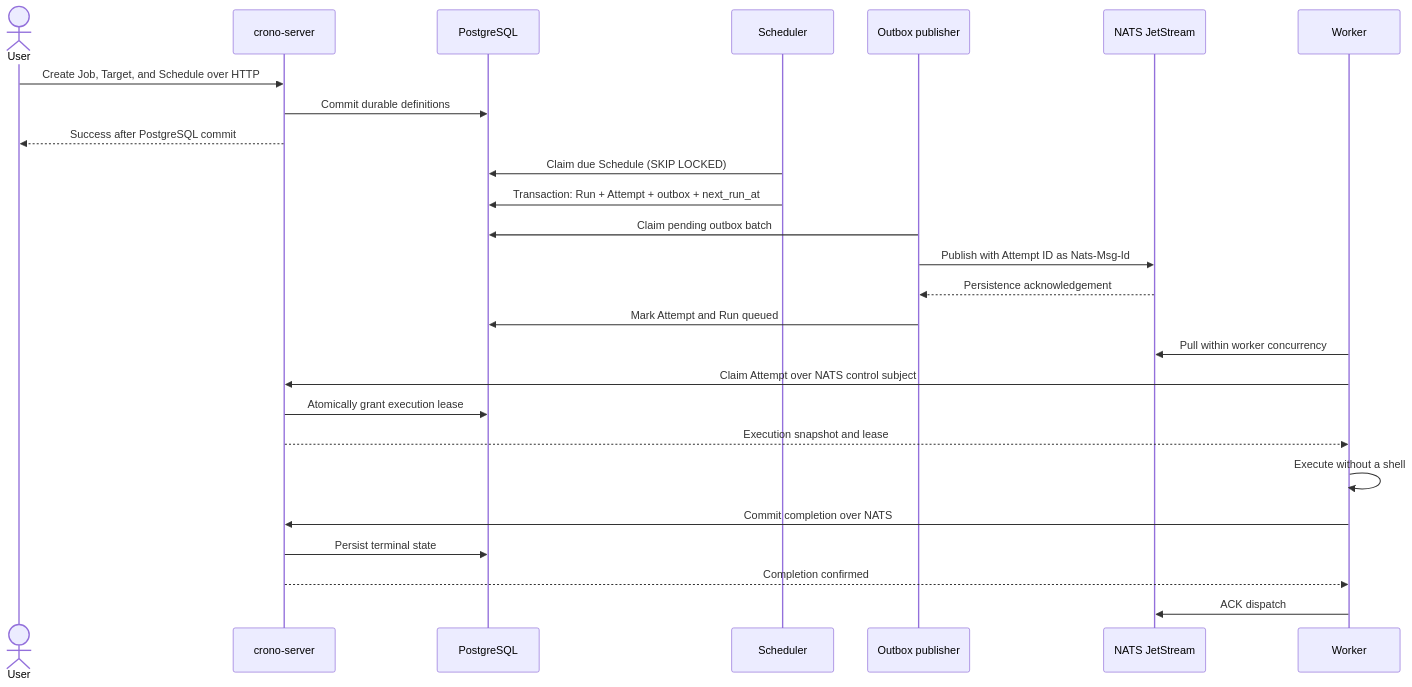
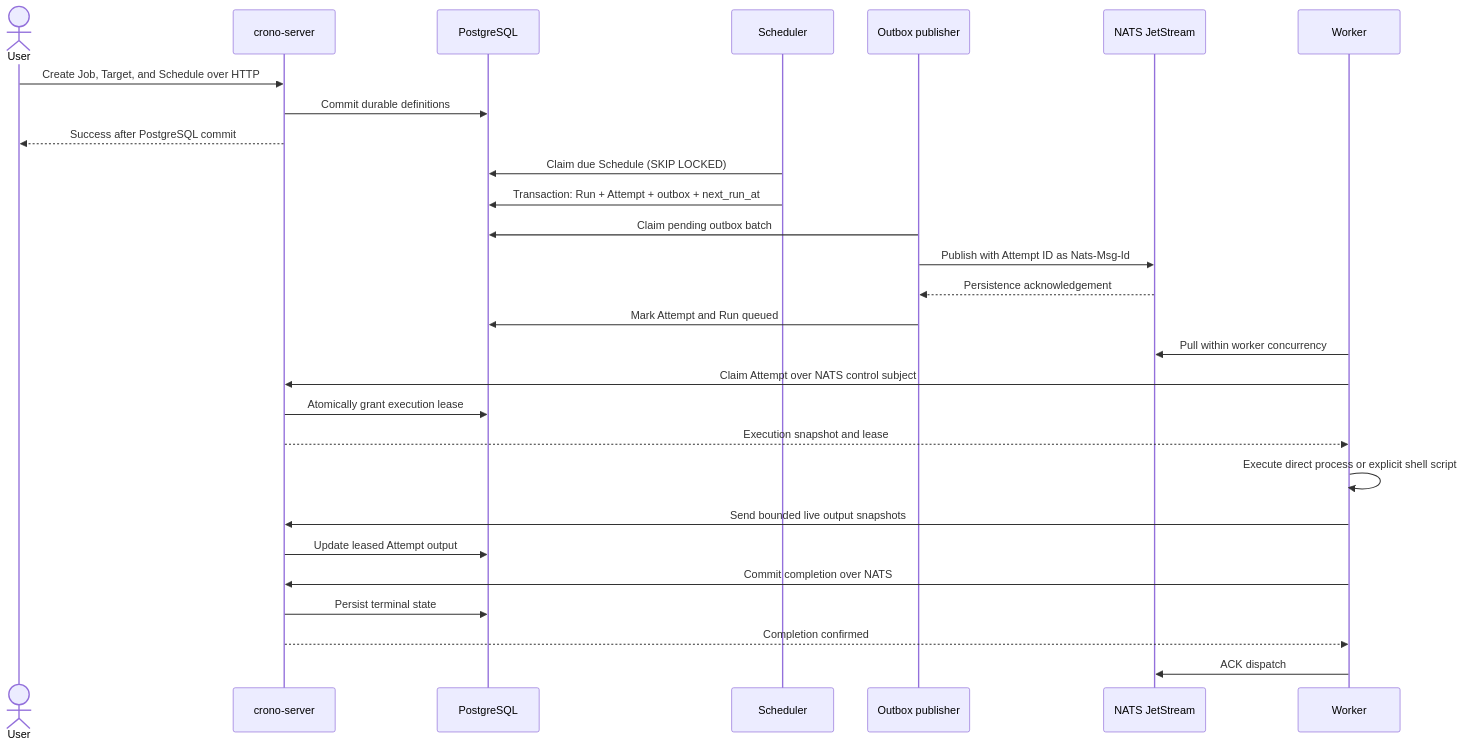
One commit to crono-io/crono changed the second of 5 diagrams in README.md. Above: the diagram before and after it, drawn with Mermaid. The commit also changed other lines of this file and 46 other files, not shown here.

````diff
--- a/README.md
+++ b/README.md
@@ -49,29 +49,31 @@
 ```mermaid
 sequenceDiagram
     actor User
     participant Server as crono-server
     participant PG as PostgreSQL
     participant Scheduler
     participant Publisher as Outbox publisher
     participant JS as NATS JetStream
     participant Worker
 
     User->>Server: Create Job, Target, and Schedule over HTTP
     Server->>PG: Commit durable definitions
     Server-->>User: Success after PostgreSQL commit
     Scheduler->>PG: Claim due Schedule (SKIP LOCKED)
     Scheduler->>PG: Transaction: Run + Attempt + outbox + next_run_at
     Publisher->>PG: Claim pending outbox batch
     Publisher->>JS: Publish with Attempt ID as Nats-Msg-Id
     JS-->>Publisher: Persistence acknowledgement
     Publisher->>PG: Mark Attempt and Run queued
     Worker->>JS: Pull within worker concurrency
     Worker->>Server: Claim Attempt over NATS control subject
     Server->>PG: Atomically grant execution lease
     Server-->>Worker: Execution snapshot and lease
-    Worker->>Worker: Execute without a shell
+    Worker->>Worker: Execute direct process or explicit shell script
+    Worker->>Server: Send bounded live output snapshots
+    Server->>PG: Update leased Attempt output
     Worker->>Server: Commit completion over NATS
     Server->>PG: Persist terminal state
     Server-->>Worker: Completion confirmed
     Worker->>JS: ACK dispatch
 ```
````
